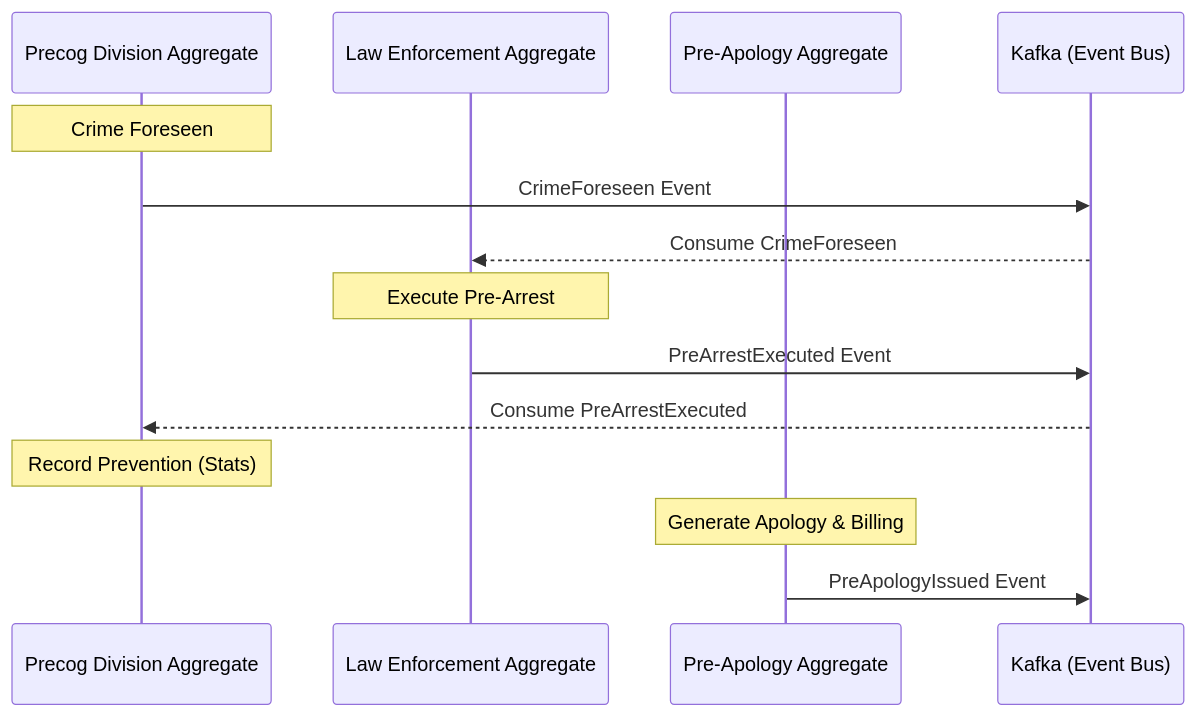
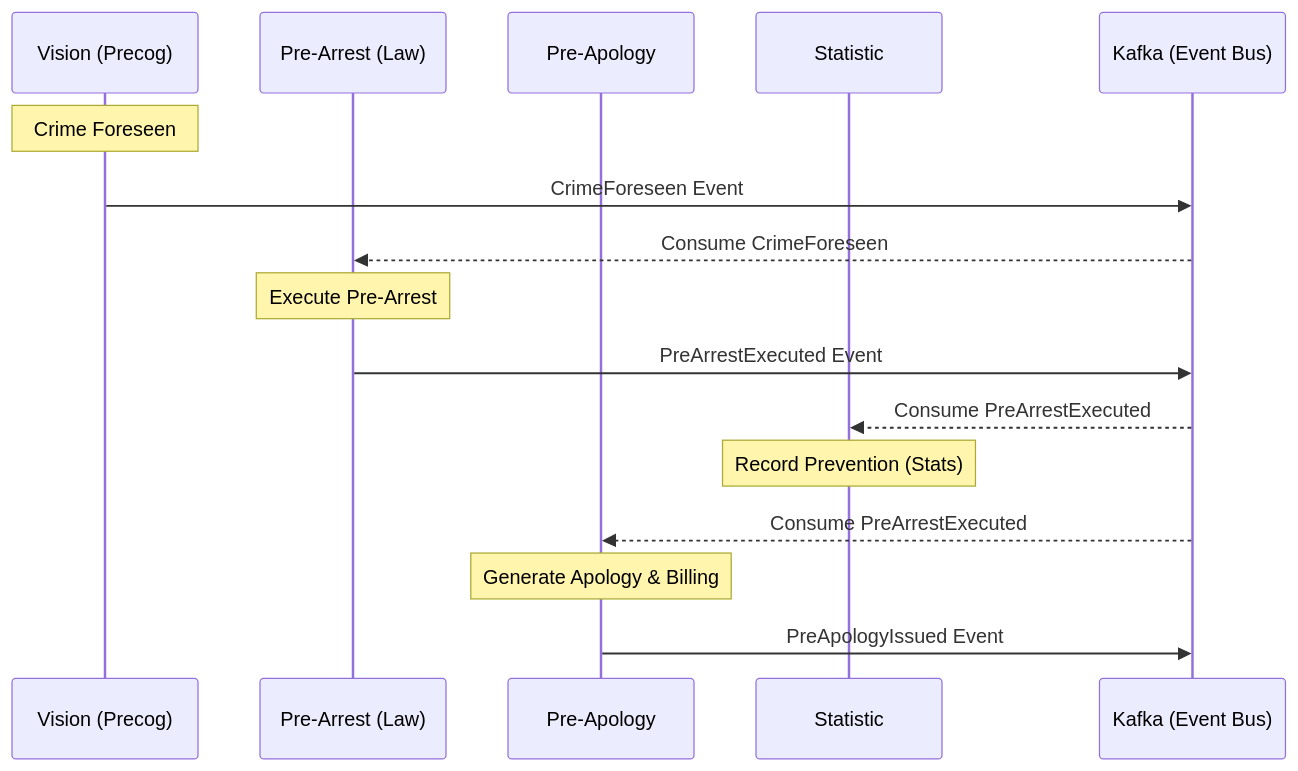
One commit to raphael74/pre-crime-app changed the second of 2 diagrams in README.md. Above: the diagram before and after it, drawn with Mermaid. The commit also changed other lines of this file, not shown here.

````diff
--- a/README.md
+++ b/README.md
@@ -30,20 +85,22 @@
 ```mermaid
 sequenceDiagram
-    participant P as Precog Division Aggregate
-    participant L as Law Enforcement Aggregate
-    participant A as Pre-Apology Aggregate
+    participant P as Vision (Precog)
+    participant L as Pre-Arrest (Law)
+    participant A as Pre-Apology
+    participant S as Statistic
     participant K as Kafka (Event Bus)
 
     Note over P: Crime Foreseen
     P->>K: CrimeForeseen Event
+    
     K-->>L: Consume CrimeForeseen
-    
     Note over L: Execute Pre-Arrest
     L->>K: PreArrestExecuted Event
-    K-->>P: Consume PreArrestExecuted
     
-    Note over P: Record Prevention (Stats)
+    K-->>S: Consume PreArrestExecuted
+    Note over S: Record Prevention (Stats)
     
+    K-->>A: Consume PreArrestExecuted
     Note over A: Generate Apology & Billing
     A->>K: PreApologyIssued Event
 ```
````
